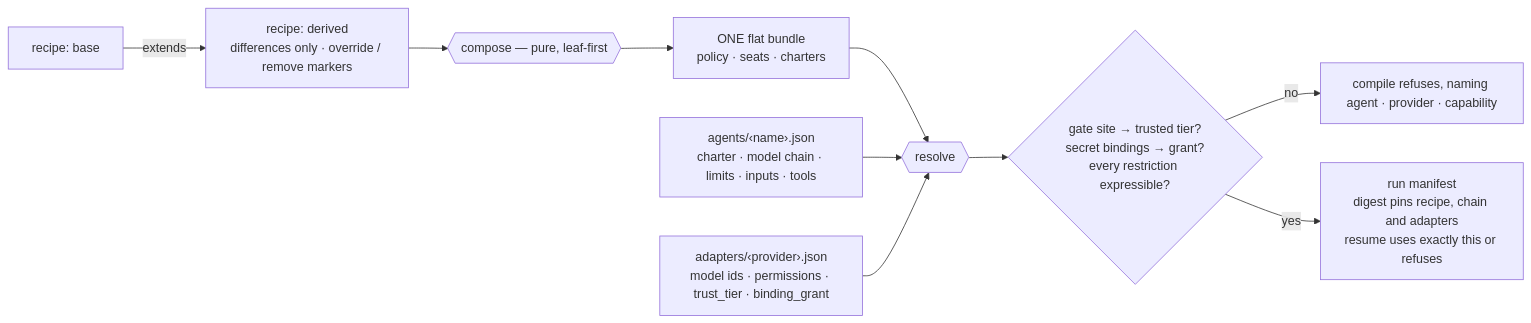
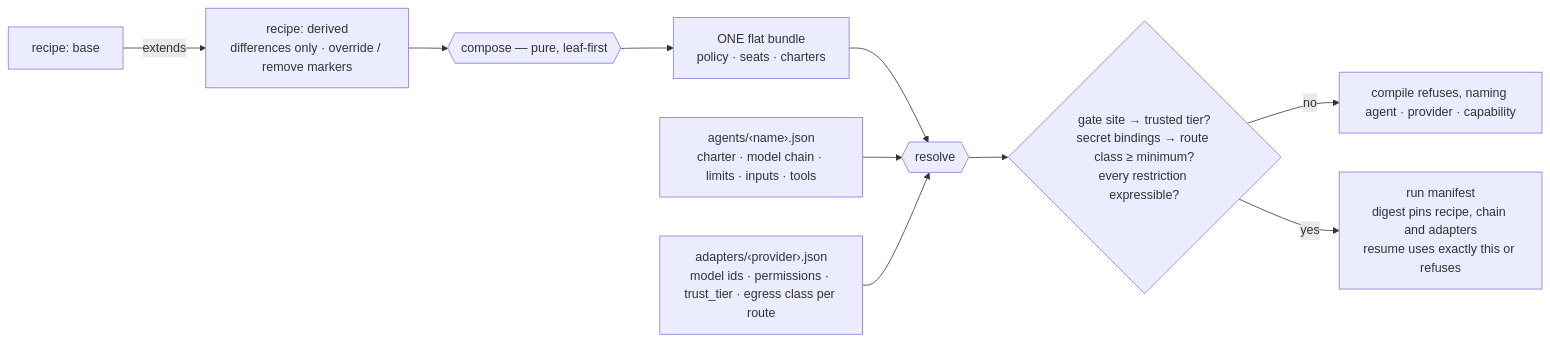
The seventh of 8 diagrams in ARCHITECTURE.md (feedback-loop-ai/brokkr), drawn with Mermaid before and after one commit. The commit also changed other lines of this file and 12 other files, not shown here.

Commit message:
policy: egress is a class and it belongs to the route — decision 0036 enacted (#160)

````diff
--- a/ARCHITECTURE.md
+++ b/ARCHITECTURE.md
@@ -188,11 +188,11 @@
 ```mermaid
 flowchart LR
   base["recipe: base"] -- "extends" --> leaf["recipe: derived<br/>differences only · override / remove markers"]
   leaf --> compose{{"compose — pure, leaf-first"}} --> flat["ONE flat bundle<br/>policy · seats · charters"]
   flat --> resolve{{"resolve"}}
   agents["agents/‹name›.json<br/>charter · model chain · limits · inputs · tools"] --> resolve
-  adapters["adapters/‹provider›.json<br/>model ids · permissions · trust_tier · binding_grant"] --> resolve
-  resolve --> checks{"gate site → trusted tier?<br/>secret bindings → grant?<br/>every restriction expressible?"}
+  adapters["adapters/‹provider›.json<br/>model ids · permissions · trust_tier · egress class per route"] --> resolve
+  resolve --> checks{"gate site → trusted tier?<br/>secret bindings → route class ≥ minimum?<br/>every restriction expressible?"}
   checks -- "no" --> refuse["compile refuses, naming agent · provider · capability"]
   checks -- "yes" --> manifest["run manifest<br/>digest pins recipe, chain and adapters<br/>resume uses exactly this or refuses"]
 ```
````
